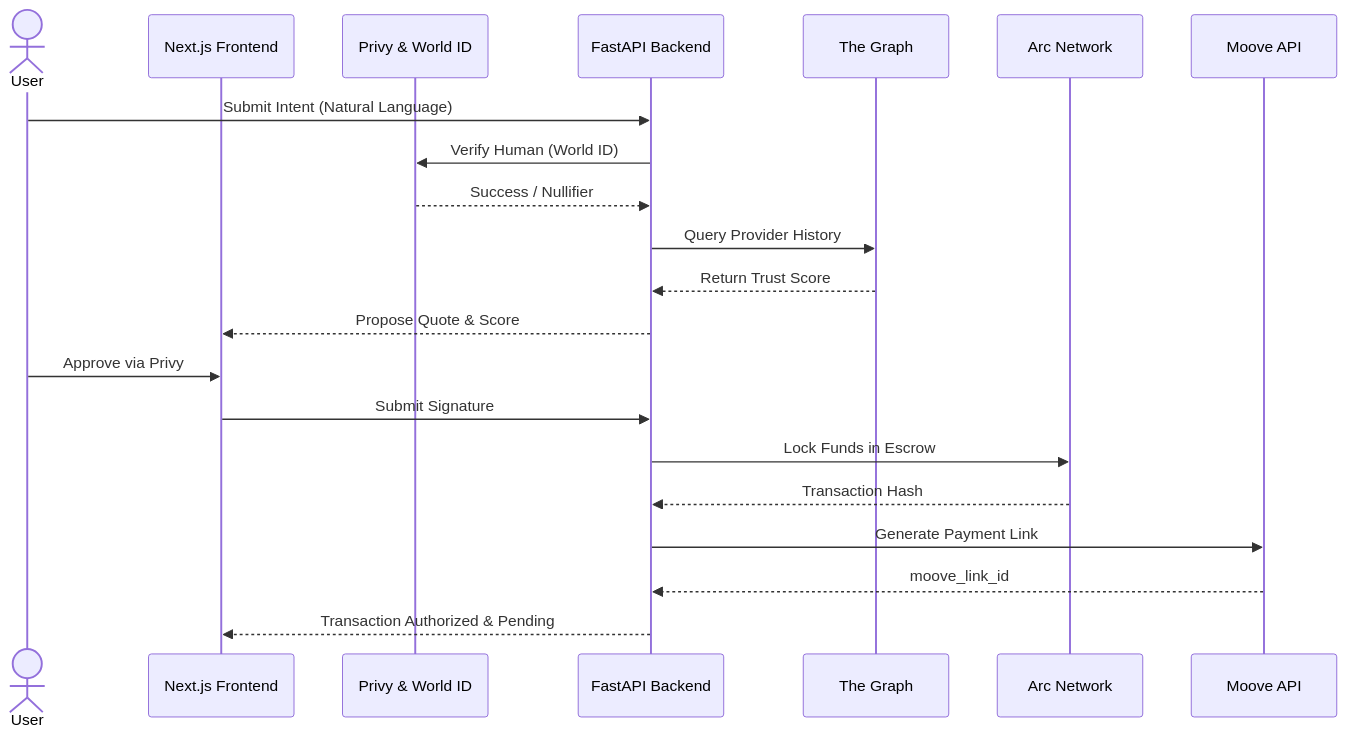
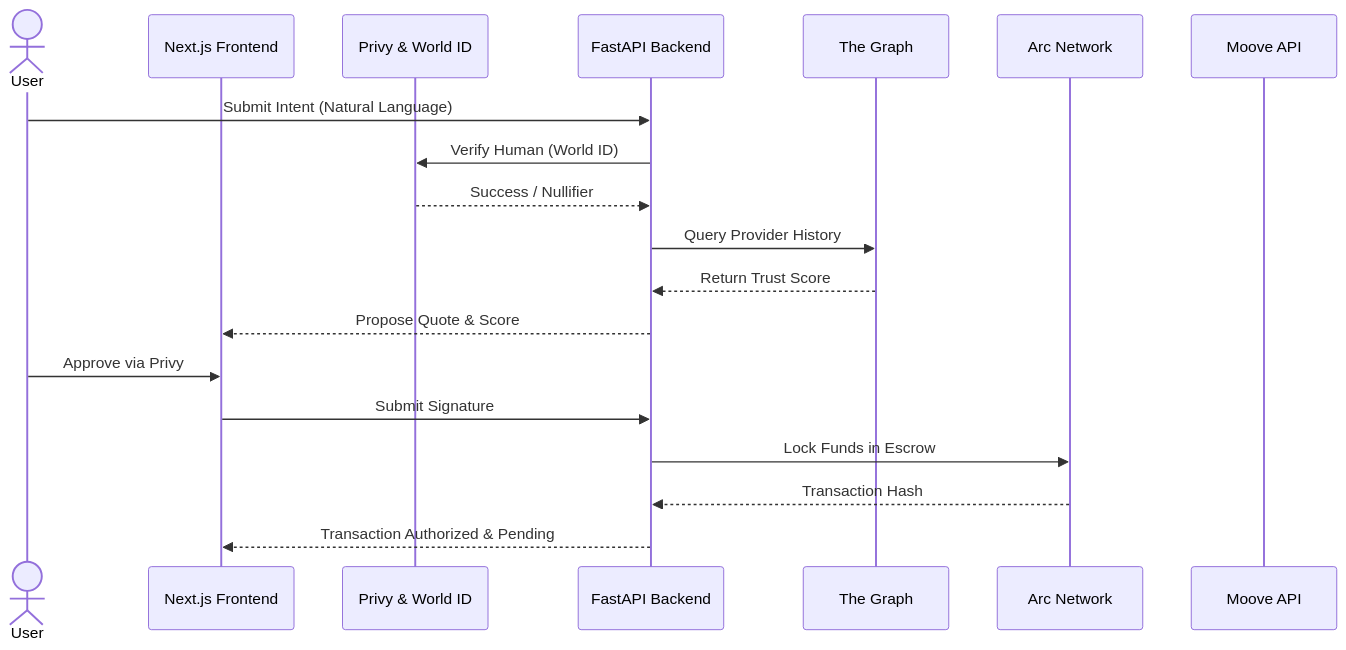
Before and after one commit to Soar-On-Technologies-Global-Concept-Ltd/ETHOnline-Startup: the second of 2 diagrams in Intentra_Architecture_Docs/01_System_Architecture.md, drawn with Mermaid. The commit also changed other lines of this file, not shown here.

Commit message:
docs: remove Moove payment link sequence and mark Moove integration as post-hackathon

````diff
--- a/Intentra_Architecture_Docs/01_System_Architecture.md
+++ b/Intentra_Architecture_Docs/01_System_Architecture.md
@@ -64,25 +64,23 @@
 ```mermaid
 sequenceDiagram
     actor User
     participant NextJS as Next.js Frontend
     participant Auth as Privy & World ID
     participant FastAPI as FastAPI Backend
     participant Graph as The Graph
 
     participant Arc as Arc Network
     participant Moove as Moove API
 
     User->>FastAPI: Submit Intent (Natural Language)
     FastAPI->>Auth: Verify Human (World ID)
     Auth-->>FastAPI: Success / Nullifier
     FastAPI->>Graph: Query Provider History
     Graph-->>FastAPI: Return Trust Score
     FastAPI-->>NextJS: Propose Quote & Score
     User->>NextJS: Approve via Privy
     NextJS->>FastAPI: Submit Signature
     FastAPI->>Arc: Lock Funds in Escrow
     Arc-->>FastAPI: Transaction Hash
-    FastAPI->>Moove: Generate Payment Link
-    Moove-->>FastAPI: moove_link_id
     FastAPI-->>NextJS: Transaction Authorized & Pending
 ```
````
